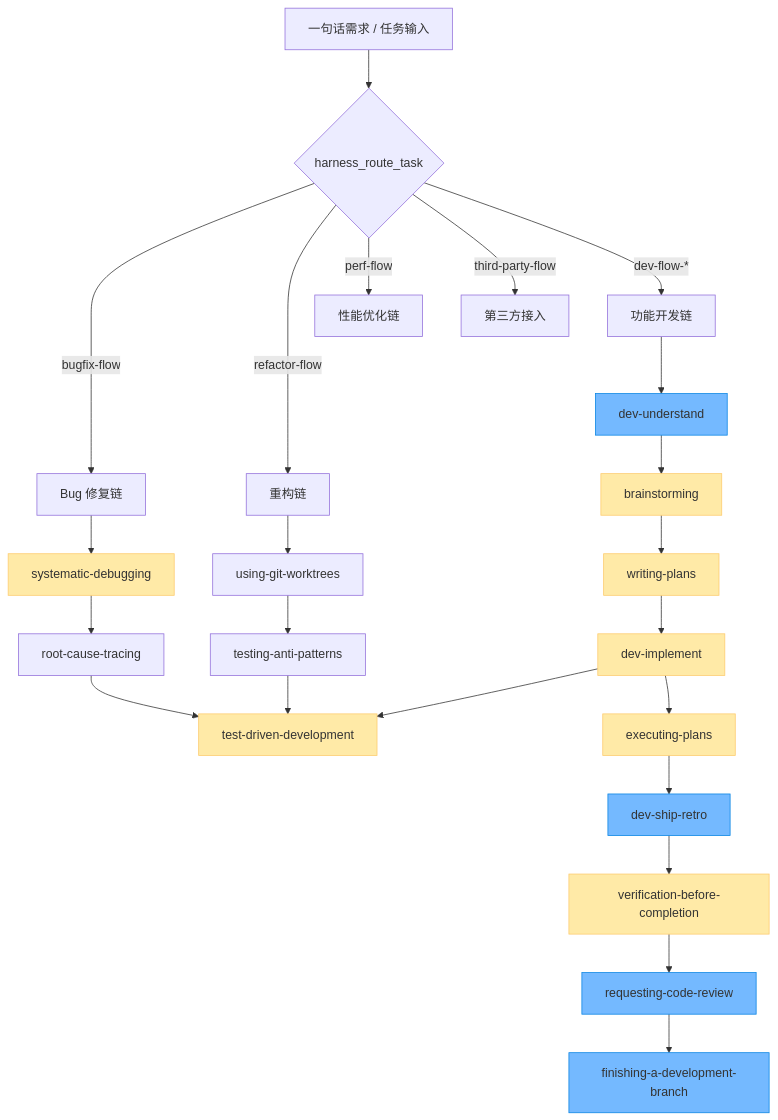
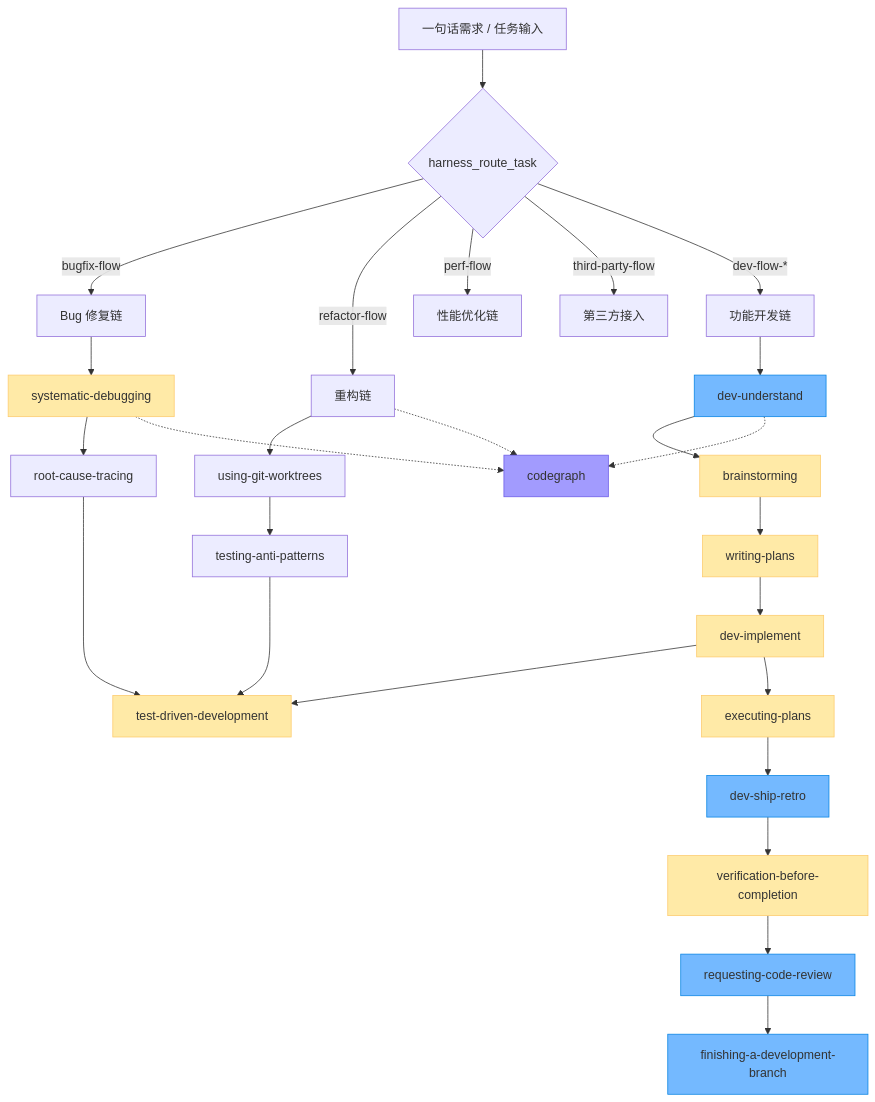
Before and after one commit to movebrickschi/harness-engineering-mcp: the diagram in assets/skills/INDEX.md, drawn with Mermaid. The commit also changed other lines of this file and 4 other files, not shown here.

Commit message:
feat(skills): add codegraph skill for semantic code graph navigation

````diff
--- a/assets/skills/INDEX.md
+++ b/assets/skills/INDEX.md
@@ -11,35 +11,41 @@
 ```mermaid
 flowchart TD
   start[一句话需求 / 任务输入]
   start --> route{harness_route_task}
   route -->|bugfix-flow| bug[Bug 修复链]
   route -->|refactor-flow| refac[重构链]
   route -->|perf-flow| perf[性能优化链]
   route -->|third-party-flow| tp[第三方接入]
   route -->|dev-flow-*| feat[功能开发链]
 
   feat --> understand[dev-understand]
   understand --> brain[brainstorming]
   brain --> plan[writing-plans]
   plan --> implement[dev-implement]
   implement --> tdd[test-driven-development]
   implement --> exec[executing-plans]
   exec --> ship[dev-ship-retro]
 
   bug --> debug[systematic-debugging]
   debug --> rct[root-cause-tracing]
+  debug -.-> cg[codegraph]
   rct --> tdd
 
   refac --> wgw[using-git-worktrees]
+  refac -.-> cg
   wgw --> tap[testing-anti-patterns]
   tap --> tdd
+
+  understand -.-> cg
 
   ship --> verify[verification-before-completion]
   verify --> rcr[requesting-code-review]
   rcr --> finish[finishing-a-development-branch]
 
   classDef hot fill:#ffeaa7,stroke:#fdcb6e
   classDef warm fill:#74b9ff,stroke:#0984e3
+  classDef tool fill:#a29bfe,stroke:#6c5ce7
   class brain,plan,implement,tdd,debug,verify,exec hot
   class understand,ship,rcr,finish warm
+  class cg tool
 ```
````
